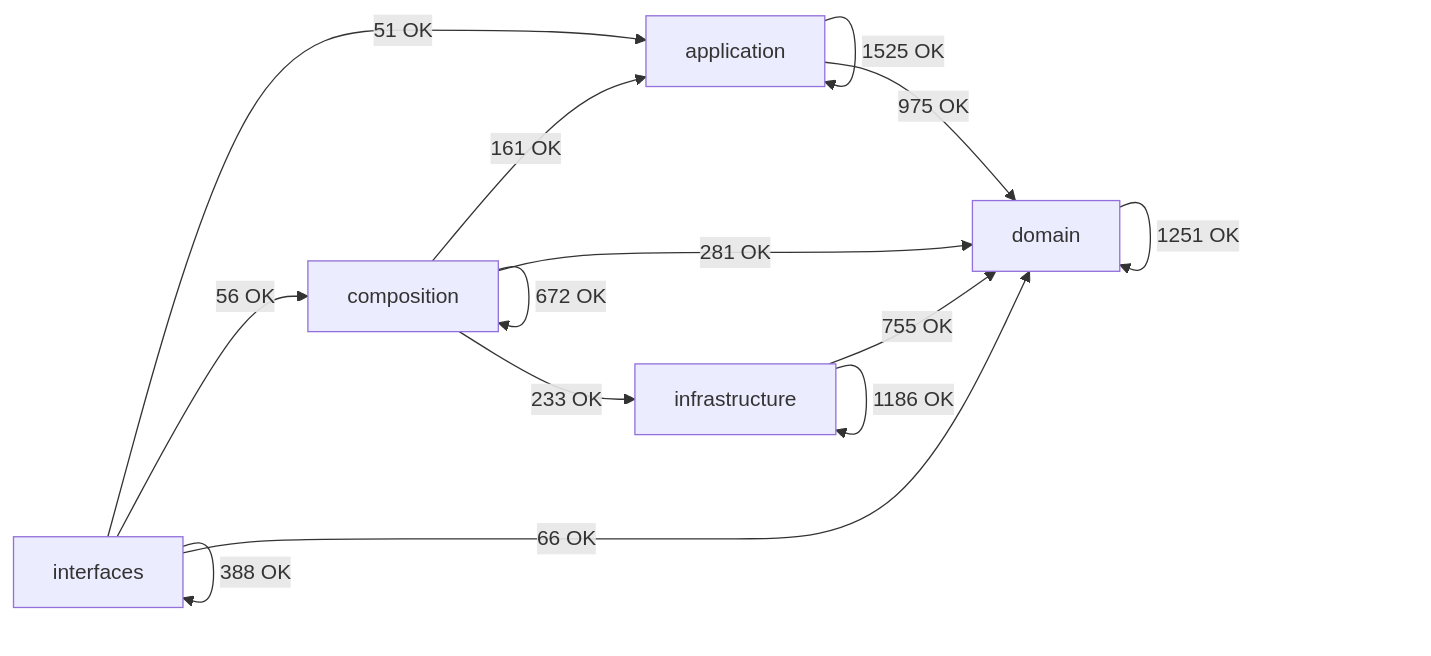
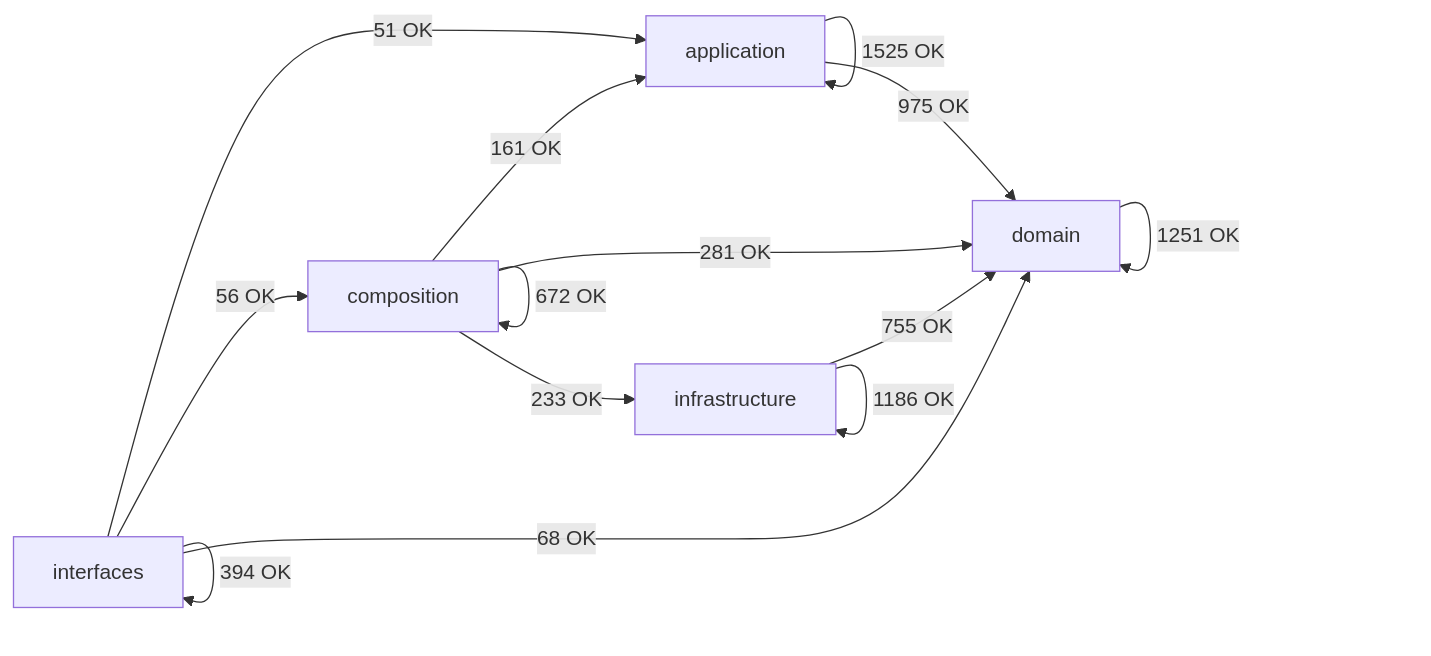
Before and after one commit to SatoryKono/BioactivityDataAcquisition: the diagram in docs/02-architecture/generated/module-dependency-map.md, drawn with Mermaid. The commit also changed other lines of this file and 13 other files, not shown here.

````diff
--- a/docs/02-architecture/generated/module-dependency-map.md
+++ b/docs/02-architecture/generated/module-dependency-map.md
@@ -17,21 +17,21 @@
 ```mermaid
 flowchart LR
     domain[domain]
     application[application]
     infrastructure[infrastructure]
     composition[composition]
     interfaces[interfaces]
     application -->|1525 OK| application
     application -->|975 OK| domain
     composition -->|161 OK| application
     composition -->|672 OK| composition
     composition -->|281 OK| domain
     composition -->|233 OK| infrastructure
     domain -->|1251 OK| domain
     infrastructure -->|755 OK| domain
     infrastructure -->|1186 OK| infrastructure
     interfaces -->|51 OK| application
     interfaces -->|56 OK| composition
-    interfaces -->|66 OK| domain
-    interfaces -->|388 OK| interfaces
+    interfaces -->|68 OK| domain
+    interfaces -->|394 OK| interfaces
 ```
````
